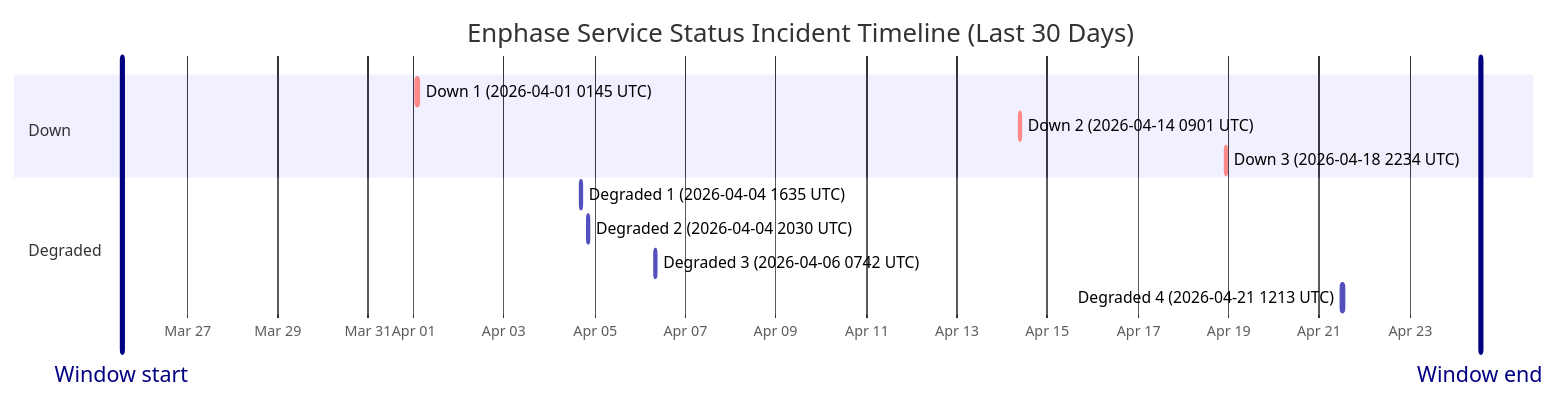
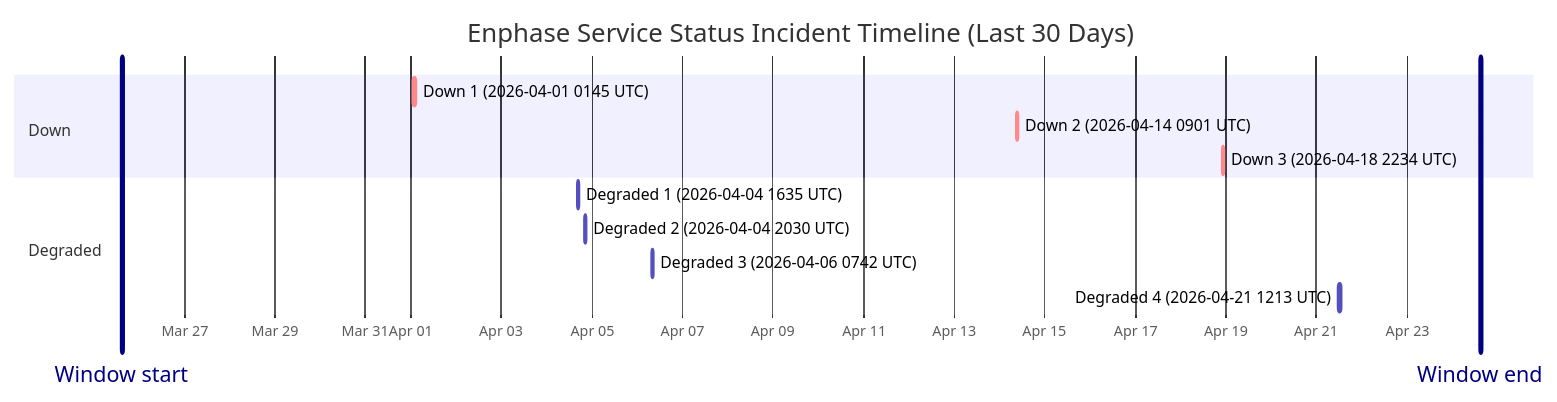
One commit to barneyonline/ha-enphase-ev-charger changed the diagram in wiki/Service-Status-History.md. Above: the diagram before and after it, drawn with Mermaid. The commit also changed other lines of this file and 3 other files, not shown here.

````diff
--- a/wiki/Service-Status-History.md
+++ b/wiki/Service-Status-History.md
@@ -14,17 +14,17 @@
 ```mermaid
 gantt
     title Enphase Service Status Incident Timeline (Last 30 Days)
     dateFormat  YYYY-MM-DDTHH:mm:ss
     axisFormat  %b %d
-    Window start :vert, window-start, 2026-03-25T13:22:17, 0ms
-    Window end :vert, window-end, 2026-04-24T13:22:17, 0ms
+    Window start :vert, window-start, 2026-03-25T14:53:05, 0ms
+    Window end :vert, window-end, 2026-04-24T14:53:05, 0ms
     section Down
     Down 1 (2026-04-01 0145 UTC) :crit, down-1, 2026-04-01T01:45:09, 60m
     Down 2 (2026-04-14 0901 UTC) :crit, down-2, 2026-04-14T09:01:13, 60m
     Down 3 (2026-04-18 2234 UTC) :crit, down-3, 2026-04-18T22:34:13, 60m
     section Degraded
     Degraded 1 (2026-04-04 1635 UTC) :active, degraded-1, 2026-04-04T16:35:17, 60m
     Degraded 2 (2026-04-04 2030 UTC) :active, degraded-2, 2026-04-04T20:30:40, 60m
     Degraded 3 (2026-04-06 0742 UTC) :active, degraded-3, 2026-04-06T07:42:09, 85m
     Degraded 4 (2026-04-21 1213 UTC) :active, degraded-4, 2026-04-21T12:13:11, 60m
 ```
````
